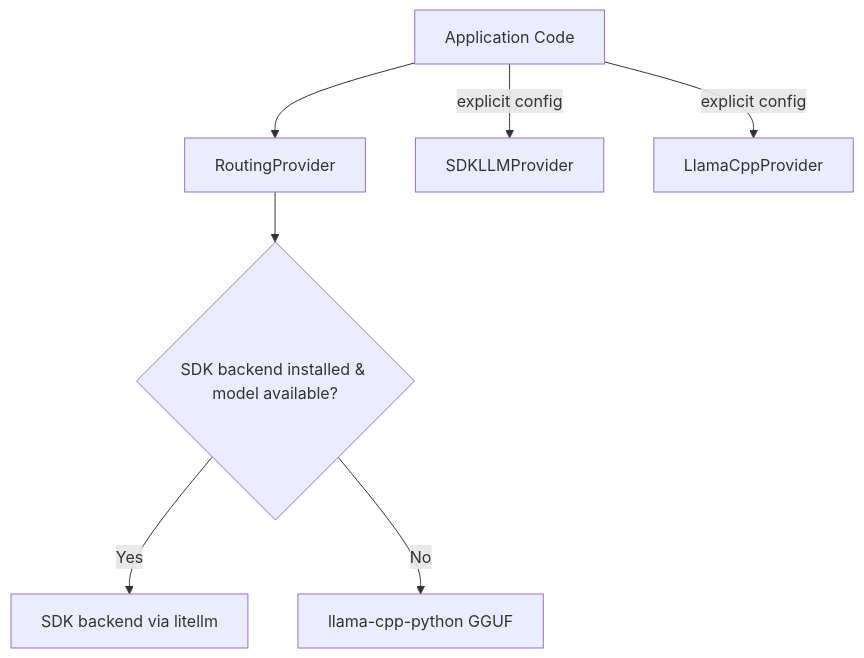
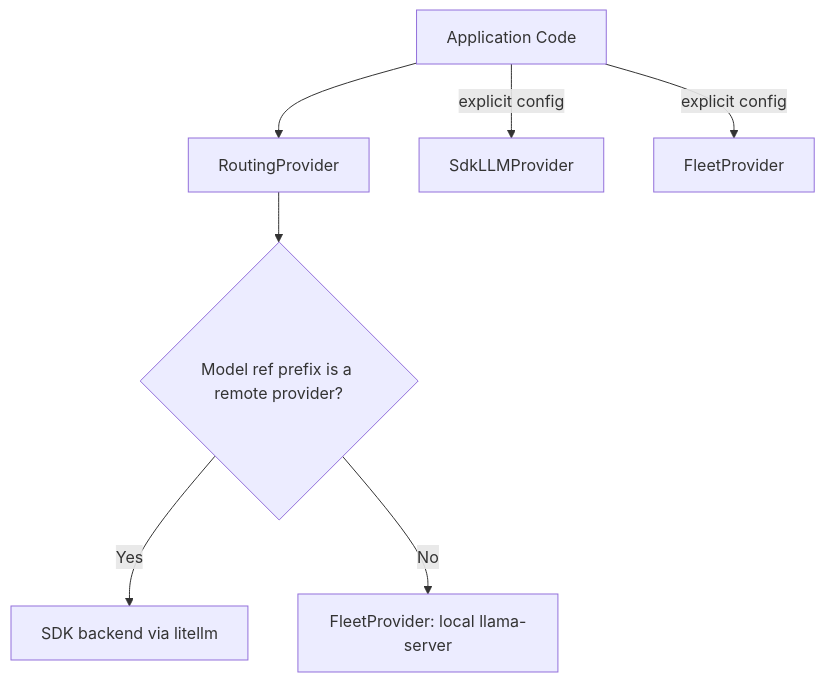
One commit to tobocop2/lilbee changed the second of 8 diagrams in docs/architecture.md. Above: the diagram before and after it, drawn with Mermaid. The commit also changed other lines of this file and 551 other files, not shown here.

````diff
--- a/docs/architecture.md
+++ b/docs/architecture.md
@@ -95,10 +95,10 @@
 ```mermaid
 flowchart TD
     APP[Application Code] --> ROUTE[RoutingProvider]
-    ROUTE --> CHECK{SDK backend installed & model available?}
+    ROUTE --> CHECK{Model ref prefix is a remote provider?}
     CHECK -->|Yes| SDK_BACK[SDK backend via litellm]
-    CHECK -->|No| LCPP[llama-cpp-python GGUF]
+    CHECK -->|No| FLEET[FleetProvider: local llama-server]
 
-    APP -->|explicit config| SDK_P[SDKLLMProvider]
-    APP -->|explicit config| LCPP_P[LlamaCppProvider]
+    APP -->|explicit config| SDK_P[SdkLLMProvider]
+    APP -->|explicit config| FLEET_P[FleetProvider]
 ```
````
